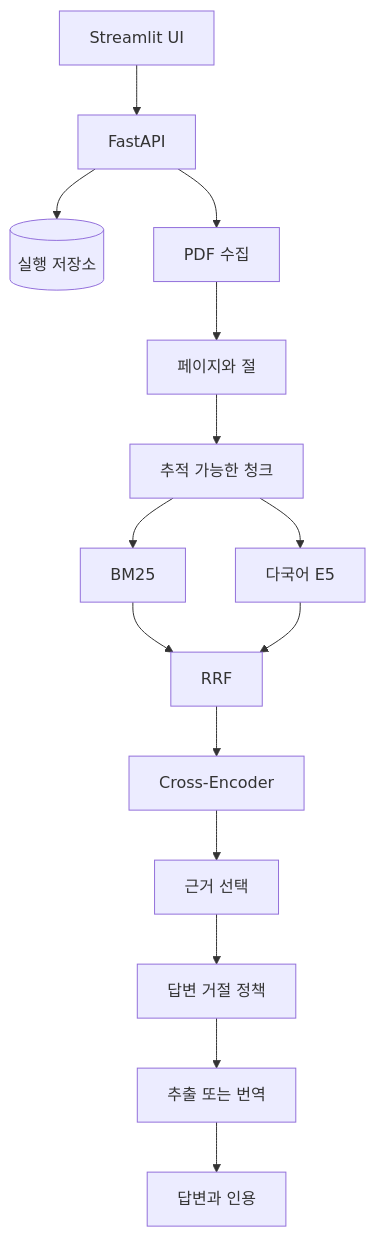
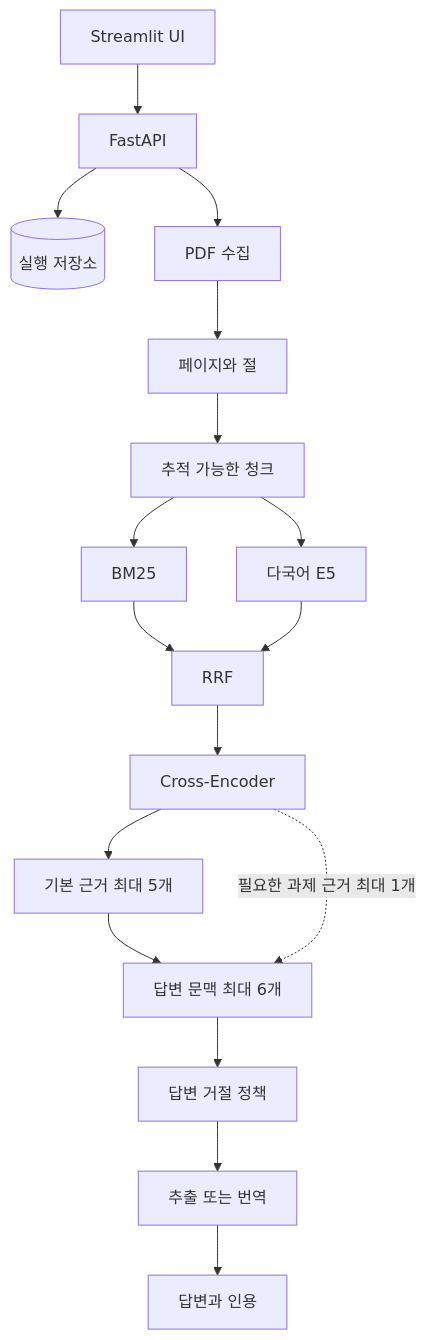
The diagram in docs/architecture_KO.md (Dongmyung378/Evidence-Grounded-Paper-QnA), drawn with Mermaid before and after one commit. The commit also changed other lines of this file and 169 other files, not shown here.

````diff
--- a/docs/architecture_KO.md
+++ b/docs/architecture_KO.md
@@ -16,17 +35,19 @@
 ```mermaid
 flowchart TD
     UI[Streamlit UI] --> API[FastAPI]
     API --> Store[(실행 저장소)]
     API --> Ingest[PDF 수집]
     Ingest --> Pages[페이지와 절]
     Pages --> Chunks[추적 가능한 청크]
     Chunks --> Sparse[BM25]
     Chunks --> Dense[다국어 E5]
     Sparse --> Fusion[RRF]
     Dense --> Fusion
     Fusion --> Rerank[Cross-Encoder]
-    Rerank --> Evidence[근거 선택]
-    Evidence --> Guard[답변 거절 정책]
+    Rerank --> Evidence[기본 근거 최대 5개]
+    Evidence --> Context[답변 문맥 최대 6개]
+    Rerank -. 필요한 과제 근거 최대 1개 .-> Context
+    Context --> Guard[답변 거절 정책]
     Guard --> Compose[추출 또는 번역]
     Compose --> Response[답변과 인용]
 ```
````
